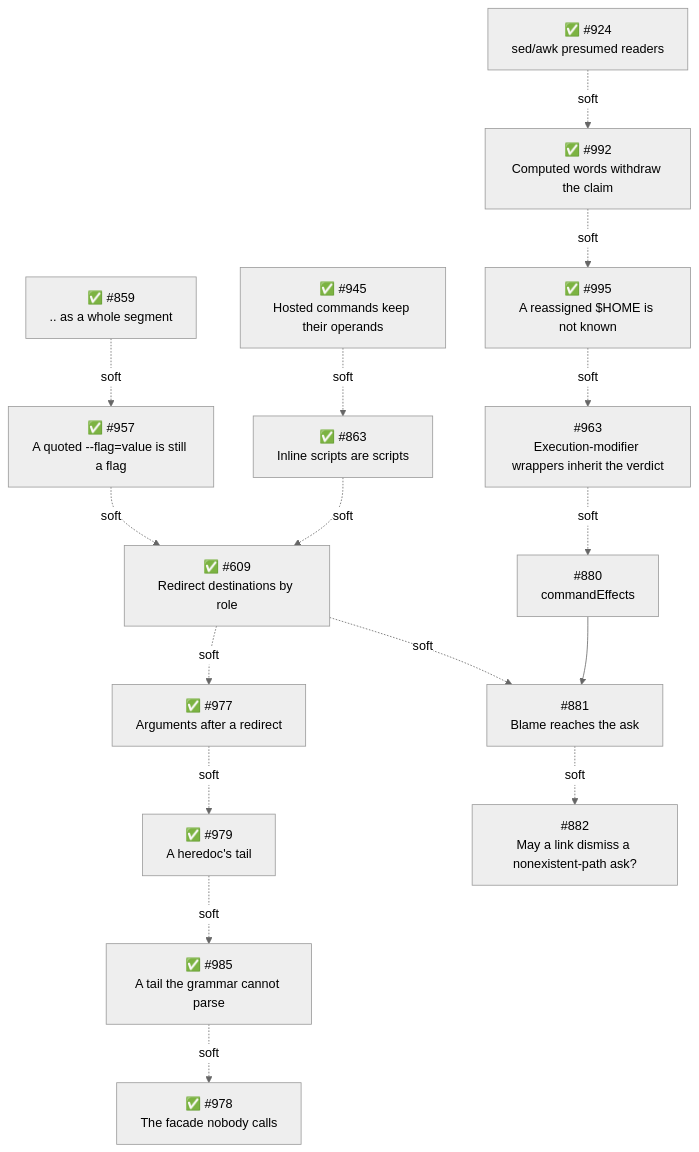
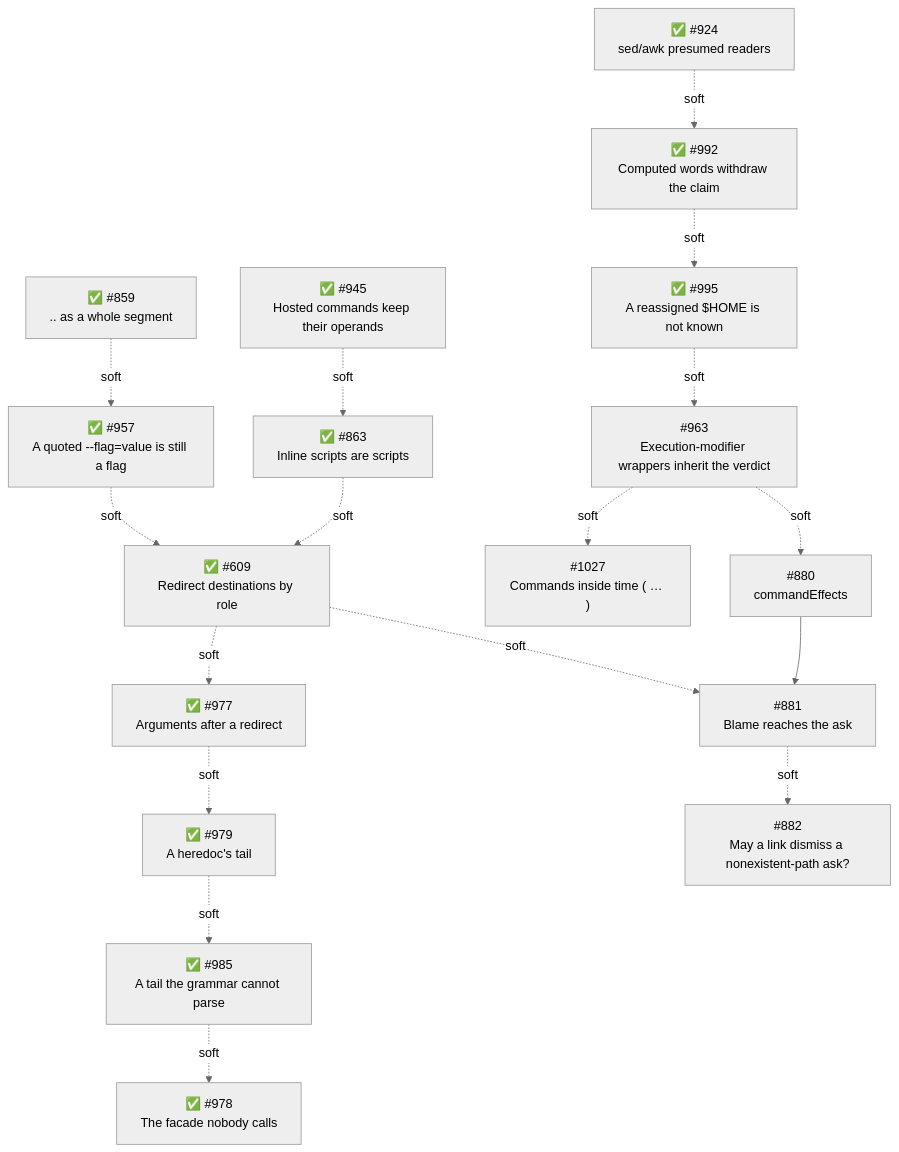
Before and after one commit to 44madfire/pi-packages: the fourth of 4 diagrams in packages/pi-permission-system/docs/architecture/architecture.md, drawn with Mermaid (neutral theme). The commit also changed other lines of this file, not shown here.

````diff
--- a/packages/pi-permission-system/docs/architecture/architecture.md
+++ b/packages/pi-permission-system/docs/architecture/architecture.md
@@ -1683,18 +1700,19 @@
 ```mermaid
 flowchart TD
     S945["✅ #945<br/>Hosted commands keep their operands"] -.soft.-> S863["✅ #863<br/>Inline scripts are scripts"]
     S863 -.soft.-> S609["✅ #609<br/>Redirect destinations by role"]
     S859["✅ #859<br/>.. as a whole segment"] -.soft.-> S957["✅ #957<br/>A quoted --flag=value is still a flag"]
     S957 -.soft.-> S609
     S924["✅ #924<br/>sed/awk presumed readers"] -.soft.-> S992["✅ #992<br/>Computed words withdraw the claim"]
     S992 -.soft.-> S995["✅ #995<br/>A reassigned $HOME is not known"]
     S995 -.soft.-> S963["#963<br/>Execution-modifier wrappers inherit the verdict"]
+    S963 -.soft.-> S1027["#1027<br/>Commands inside time ( … )"]
     S963 -.soft.-> S880["#880<br/>commandEffects"]
     S880 --> S881["#881<br/>Blame reaches the ask"]
     S609 -.soft.-> S881
     S609 -.soft.-> S977["✅ #977<br/>Arguments after a redirect"]
     S977 -.soft.-> S979["✅ #979<br/>A heredoc's tail"]
     S979 -.soft.-> S985["✅ #985<br/>A tail the grammar cannot parse"]
     S985 -.soft.-> S978["✅ #978<br/>The facade nobody calls"]
     S881 -.soft.-> S882["#882<br/>May a link dismiss a nonexistent-path ask?"]
 ```
````
